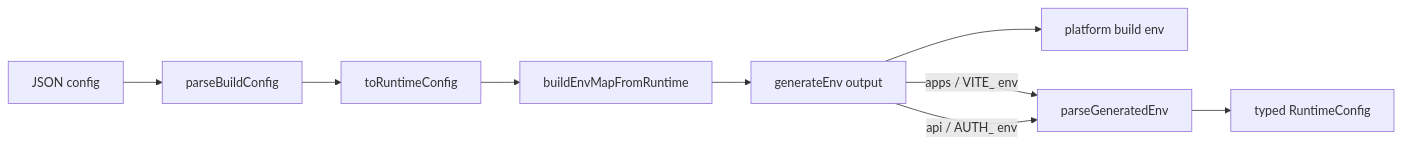
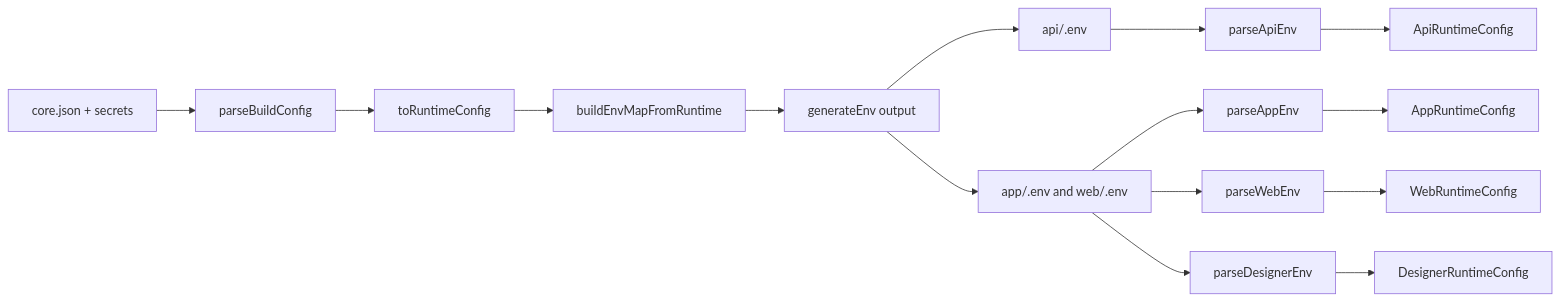
Before and after one commit to FAIMS/FAIMS3: the diagram in library/build-config/README.md, drawn with Mermaid. The commit also changed other lines of this file and 19 other files, not shown here.

````diff
--- a/library/build-config/README.md
+++ b/library/build-config/README.md
@@ -31,12 +44,17 @@
 ```mermaid
 flowchart LR
-  A[JSON config] --> B[parseBuildConfig]
+  A[core.json + secrets] --> B[parseBuildConfig]
   B --> C[toRuntimeConfig]
   C --> D[buildEnvMapFromRuntime]
   D --> E[generateEnv output]
-  E --> F[platform build env]
-
-  E -->|apps / VITE_ env| G[parseGeneratedEnv]
-  E -->|api / AUTH_ env| G
-  G --> H[typed RuntimeConfig]
+  E --> F_API[api/.env]
+  E --> F_APPS[app/.env and web/.env]
+  F_API --> P_API[parseApiEnv]
+  F_APPS --> P_APP[parseAppEnv]
+  F_APPS --> P_WEB[parseWebEnv]
+  F_APPS --> P_DES[parseDesignerEnv]
+  P_API --> R_API[ApiRuntimeConfig]
+  P_APP --> R_APP[AppRuntimeConfig]
+  P_WEB --> R_WEB[WebRuntimeConfig]
+  P_DES --> R_DES[DesignerRuntimeConfig]
 ```
````
